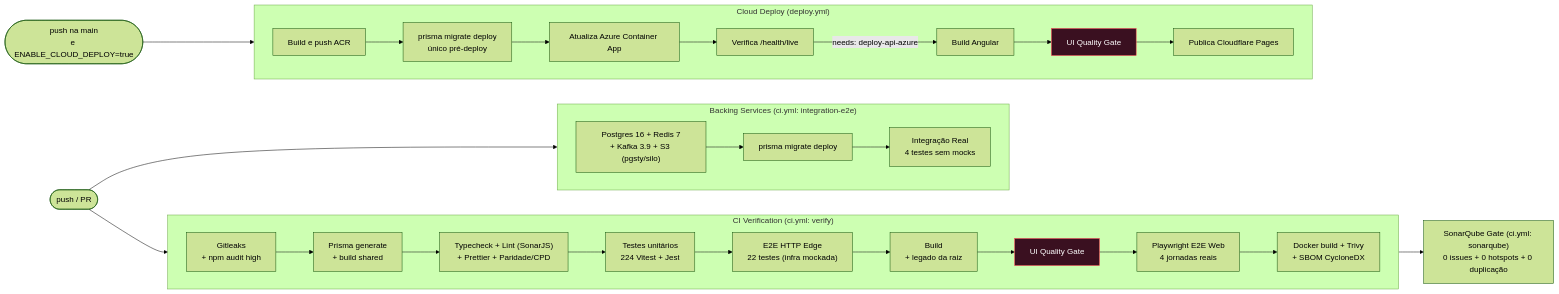
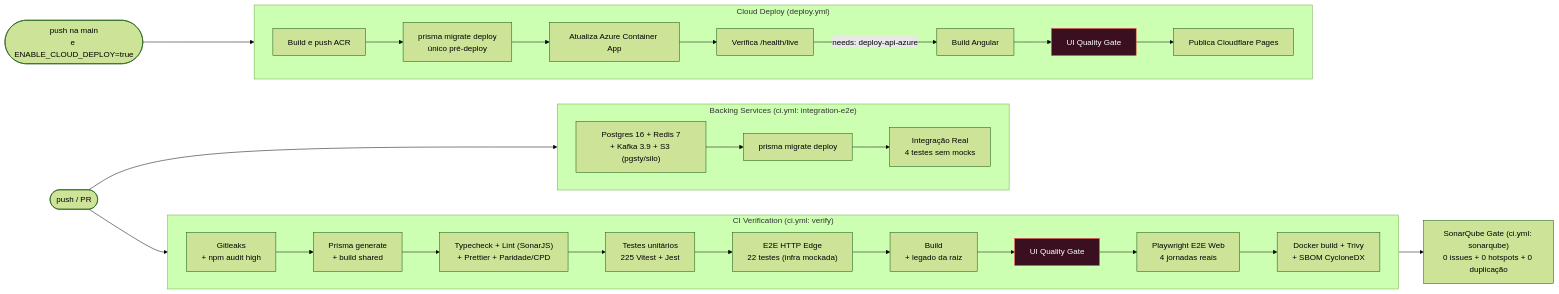
One commit to Digooow/pokedex-frontend changed the eighth of 12 diagrams in README.md. Above: the diagram before and after it, drawn with Mermaid (forest theme). The commit also changed other lines of this file and 3 other files, not shown here.

````diff
--- a/README.md
+++ b/README.md
@@ -493,34 +493,34 @@
 ```mermaid
 flowchart LR
   push(["push / PR"]) --> v
   push --> integ
 
   subgraph v["CI Verification (ci.yml: verify)"]
     direction LR
     s0["Gitleaks<br/>+ npm audit high"] --> s1["Prisma generate<br/>+ build shared"] --> s2["Typecheck + Lint (SonarJS)<br/>+ Prettier + Paridade/CPD"]
-    s2 --> s4["Testes unitários<br/>224 Vitest + Jest"]
+    s2 --> s4["Testes unitários<br/>225 Vitest + Jest"]
     s4 --> s5["E2E HTTP Edge<br/>22 testes (infra mockada)"]
     s5 --> s6["Build<br/>+ legado da raiz"]
     s6 --> s7["UI Quality Gate"]
     s7 --> s7b["Playwright E2E Web<br/>4 jornadas reais"]
     s7b --> s8["Docker build + Trivy<br/>+ SBOM CycloneDX"]
   end
 
   v --> sq["SonarQube Gate (ci.yml: sonarqube)<br/>0 issues + 0 hotspots + 0 duplicação"]
 
   subgraph integ["Backing Services (ci.yml: integration-e2e)"]
     direction LR
     i1["Postgres 16 + Redis 7<br/>+ Kafka 3.9 + S3 (pgsty/silo)"] --> i2["prisma migrate deploy"] --> i3["Integração Real<br/>4 testes sem mocks"]
   end
 
   push2(["push na main<br/>e ENABLE_CLOUD_DEPLOY=true"]) --> d
 
   subgraph d["Cloud Deploy (deploy.yml)"]
     direction LR
     a1["Build e push ACR"] --> a1b["prisma migrate deploy<br/>único pré-deploy"] --> a2["Atualiza Azure Container App"] --> a3["Verifica /health/live"]
     a3 -->|"needs: deploy-api-azure"| b1["Build Angular"] --> b2["UI Quality Gate"] --> b3["Publica Cloudflare Pages"]
   end
 
   classDef gate fill:#3a1020,stroke:#ff3b4e,color:#fff
   class s7,b2 gate
 ```
````
